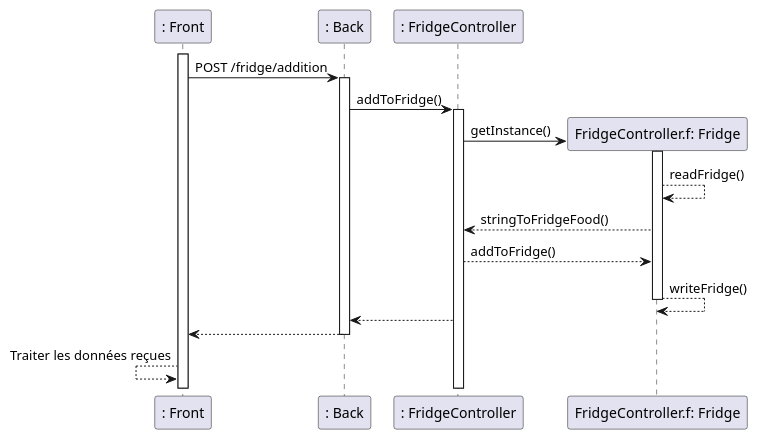
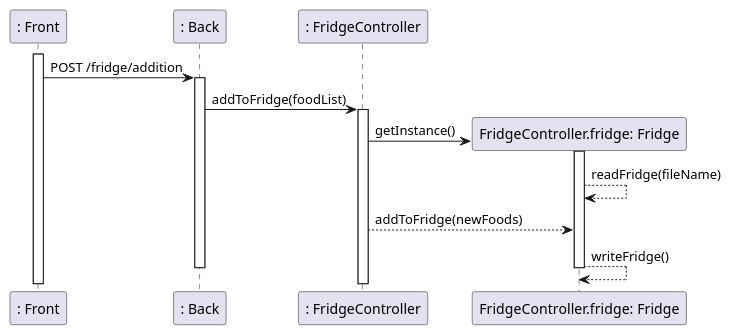
The diagram in docs/diagram/sequence/addToFridge.puml (romainvacheret/wadge-backend), drawn with PlantUML before and after one commit. The commit also changed 5 other files, not shown here.

Commit message:
docs: add precision to diagrams

```diff
--- a/docs/diagram/sequence/addToFridge.puml
+++ b/docs/diagram/sequence/addToFridge.puml
@@ -1,26 +1,25 @@
 @startuml addToFridge
 
 participant ": Front" as ft
 participant ": Back" as bk
 participant ": FridgeController" as fc
 
 activate ft
 ft -> bk: POST /fridge/addition
 activate bk
-bk -> fc: addToFridge()
+bk -> fc: addToFridge(foodList)
 activate fc
-create "FridgeController.f: Fridge" as f
+create "FridgeController.fridge: Fridge" as f
 fc -> f: getInstance()
 activate f
-f --> f: readFridge()
-f --> fc: stringToFridgeFood()
-fc --> f: addToFridge()
+f --> f: readFridge(fileName)
+fc --> f: addToFridge(newFoods)
 f --> f: writeFridge()
 deactivate f
-fc --> bk
-bk --> ft
+' fc --> bk
+' bk --> ft
 deactivate bk
-ft <-- ft: Traiter les données reçues
+' ft <-- ft: Traiter les données reçues
 
 
 @enduml
```
